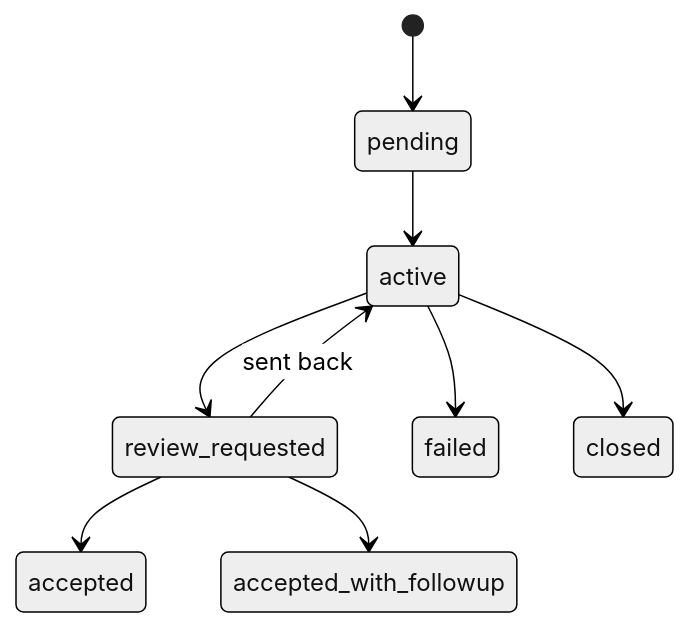
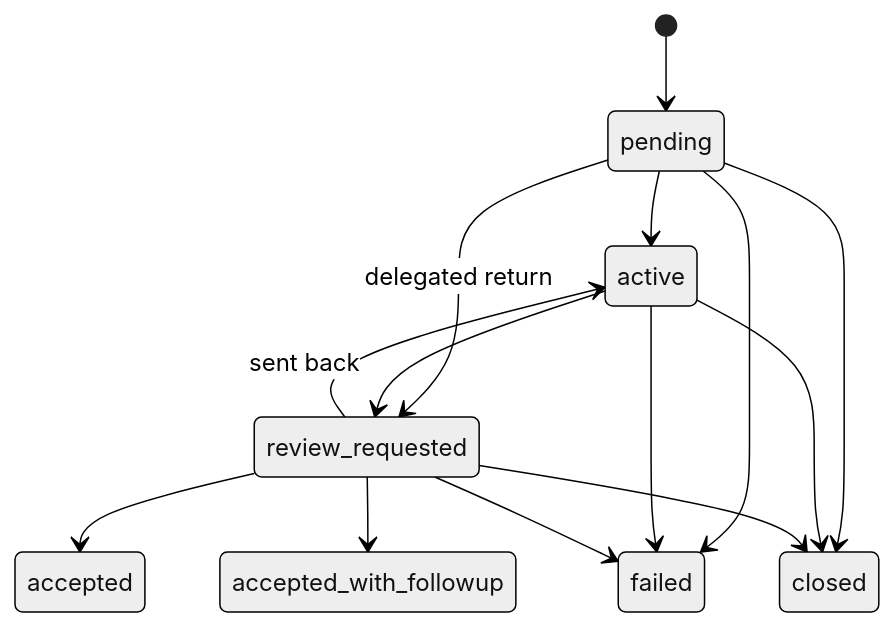
The diagram in docs/how-it-works/plans.md (cebertowicz/corsia), drawn with Mermaid (neutral theme) before and after one commit. The commit also changed other lines of this file and 9 other files, not shown here.

````diff
--- a/docs/how-it-works/plans.md
+++ b/docs/how-it-works/plans.md
@@ -23,11 +23,16 @@
 ```mermaid
 stateDiagram-v2
     [*] --> pending
     pending --> active
+    pending --> review_requested: delegated return
+    pending --> failed
+    pending --> closed
     active --> review_requested
+    active --> failed
+    active --> closed
     review_requested --> accepted
     review_requested --> accepted_with_followup
     review_requested --> active: sent back
-    active --> failed
-    active --> closed
+    review_requested --> failed
+    review_requested --> closed
 ```
````
